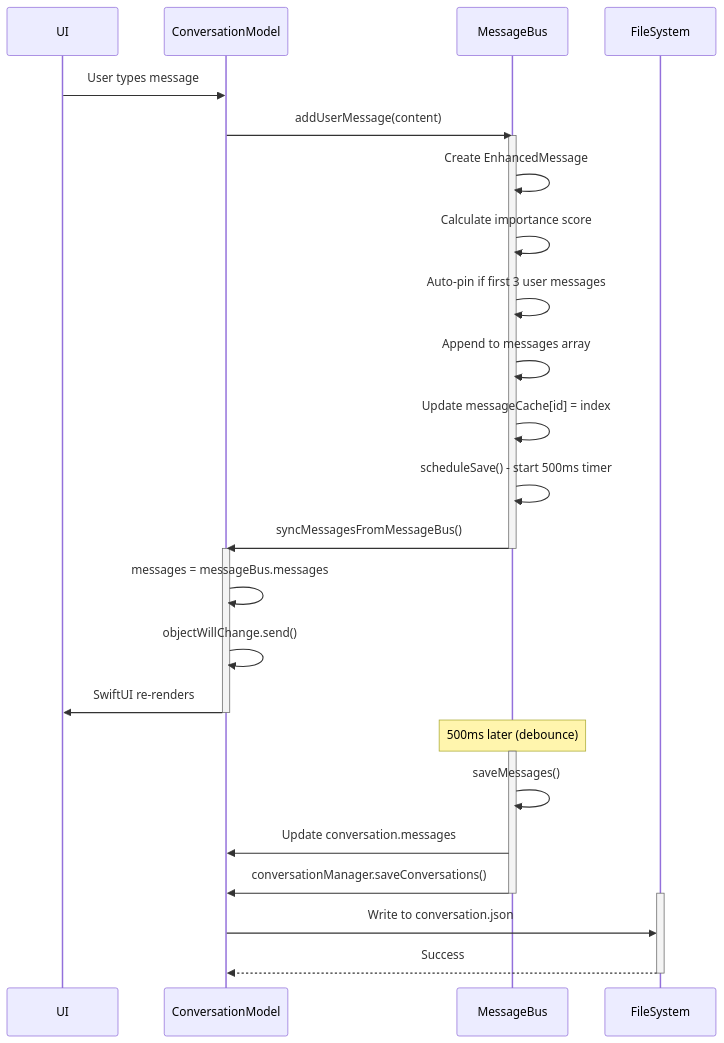
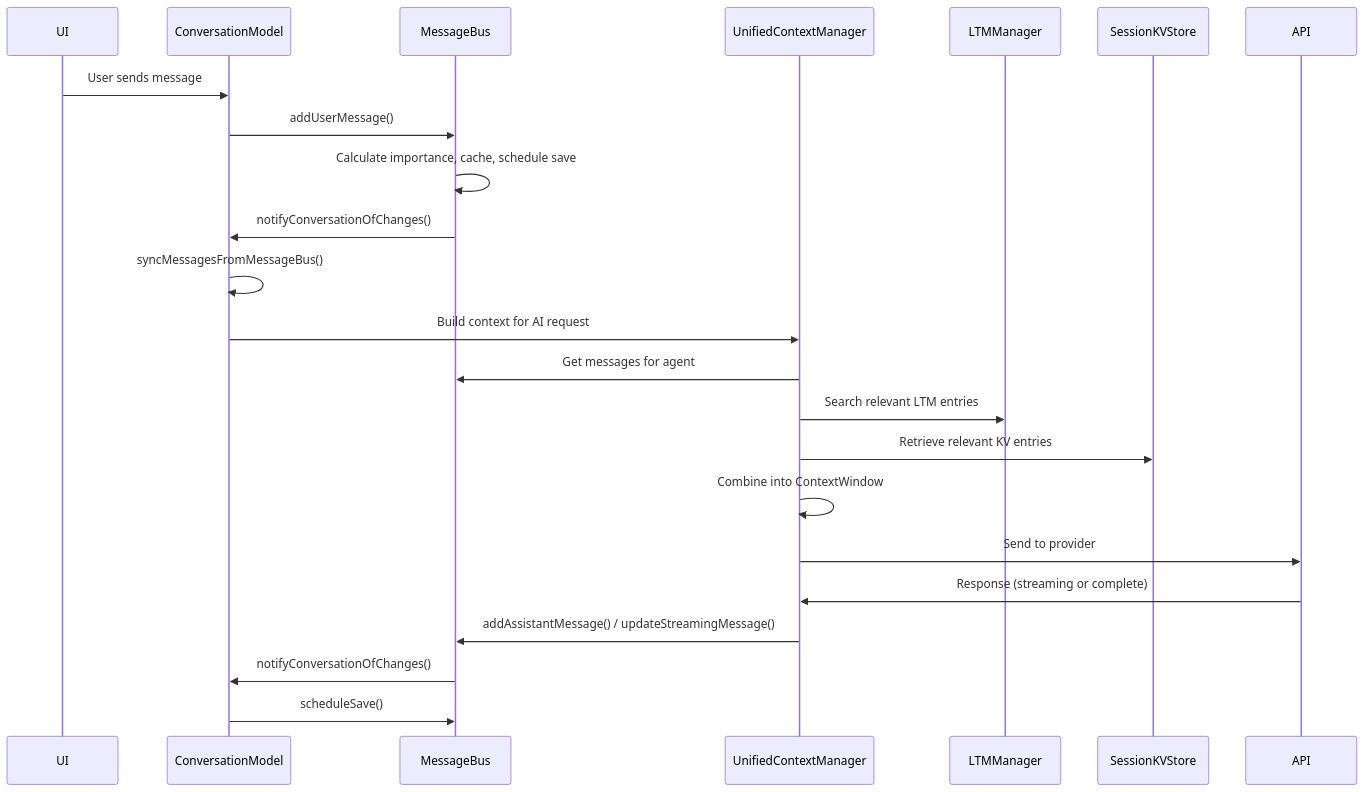
The second of 3 diagrams in project-docs/CONVERSATION_ENGINE.md (SyntheticAutonomicMind/SAM), drawn with Mermaid before and after one commit. The commit also changed other lines of this file and 6 other files, not shown here.

````diff
--- a/project-docs/CONVERSATION_ENGINE.md
+++ b/project-docs/CONVERSATION_ENGINE.md
@@ -533,39 +739,25 @@
 ```mermaid
 sequenceDiagram
     participant UI
     participant CM as ConversationModel
     participant MB as MessageBus
-    participant FS as FileSystem
-
-    UI->>CM: User types message
-    CM->>MB: addUserMessage(content)
+    participant UC as UnifiedContextManager
+    participant LTM as LTMManager
+    participant KV as SessionKVStore
     
-    activate MB
-    MB->>MB: Create EnhancedMessage
-    MB->>MB: Calculate importance score
-    MB->>MB: Auto-pin if first 3 user messages
-    MB->>MB: Append to messages array
-    MB->>MB: Update messageCache[id] = index
-    MB->>MB: scheduleSave() - start 500ms timer
-    MB->>CM: syncMessagesFromMessageBus()
-    deactivate MB
-    
-    activate CM
-    CM->>CM: messages = messageBus.messages
-    CM->>CM: objectWillChange.send()
-    CM->>UI: SwiftUI re-renders
-    deactivate CM
-    
-    Note over MB: 500ms later (debounce)
-    
-    activate MB
-    MB->>MB: saveMessages()
-    MB->>CM: Update conversation.messages
-    MB->>CM: conversationManager.saveConversations()
-    deactivate MB
-    
-    activate FS
-    CM->>FS: Write to conversation.json
-    FS-->>CM: Success
-    deactivate FS
+    UI->>CM: User sends message
+    CM->>MB: addUserMessage()
+    MB->>MB: Calculate importance, cache, schedule save
+    MB->>CM: notifyConversationOfChanges()
+    CM->>CM: syncMessagesFromMessageBus()
+    CM->>UC: Build context for AI request
+    UC->>MB: Get messages for agent
+    UC->>LTM: Search relevant LTM entries
+    UC->>KV: Retrieve relevant KV entries
+    UC->>UC: Combine into ContextWindow
+    UC->>API: Send to provider
+    API->>UC: Response (streaming or complete)
+    UC->>MB: addAssistantMessage() / updateStreamingMessage()
+    MB->>CM: notifyConversationOfChanges()
+    CM->>MB: scheduleSave()
 ```
````
